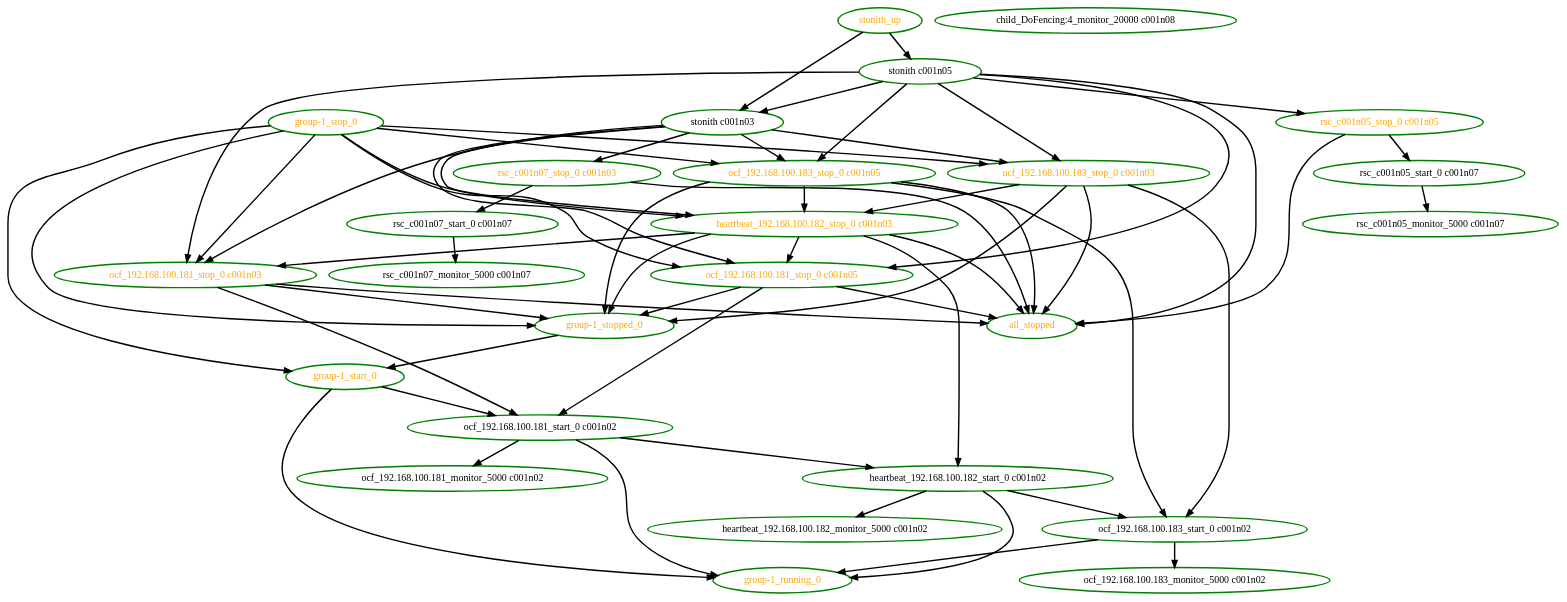
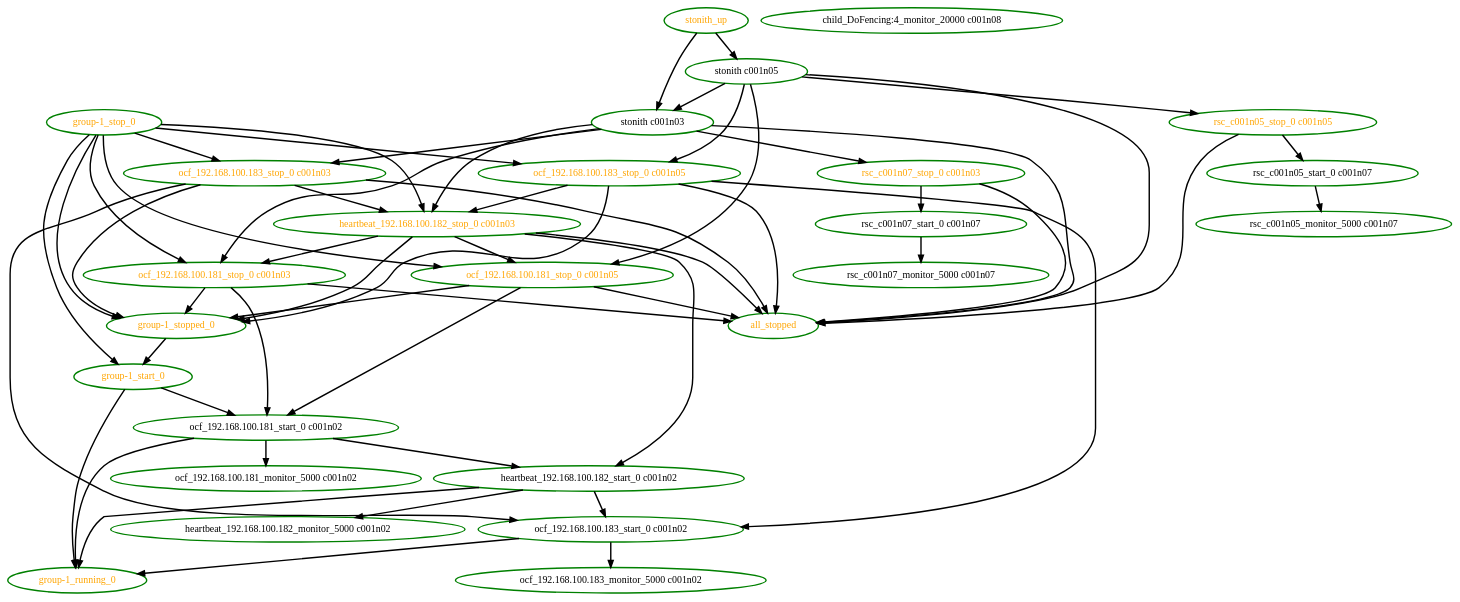
The diagram in crm/pengine/testcases/stonith-0.dot (richiewen8/heartbeat), drawn with Graphviz before and after one commit. The commit also changed 47 other files, not shown here.

Commit message:
PE: Streamline STONITH ordering. Make sure 'all_stopped' depends on all STONITH ops.

```diff
--- a/crm/pengine/testcases/stonith-0.dot
+++ b/crm/pengine/testcases/stonith-0.dot
@@ -1,86 +1,83 @@
  digraph "g" {
 "all_stopped" [ style=bold color="green" fontcolor="orange"  ]
 "child_DoFencing:4_monitor_20000 c001n08" [ style=bold color="green" fontcolor="black" ]
 "group-1_running_0" [ style=bold color="green" fontcolor="orange" ]
 "group-1_start_0" -> "group-1_running_0" [ style = bold]
 "group-1_start_0" -> "ocf_192.168.100.181_start_0 c001n02" [ style = bold]
 "group-1_start_0" [ style=bold color="green" fontcolor="orange" ]
 "group-1_stop_0" -> "group-1_start_0" [ style = bold]
 "group-1_stop_0" -> "group-1_stopped_0" [ style = bold]
 "group-1_stop_0" -> "heartbeat_192.168.100.182_stop_0 c001n03" [ style = bold]
 "group-1_stop_0" -> "ocf_192.168.100.181_stop_0 c001n03" [ style = bold]
 "group-1_stop_0" -> "ocf_192.168.100.181_stop_0 c001n05" [ style = bold]
 "group-1_stop_0" -> "ocf_192.168.100.183_stop_0 c001n03" [ style = bold]
 "group-1_stop_0" -> "ocf_192.168.100.183_stop_0 c001n05" [ style = bold]
 "group-1_stop_0" [ style=bold color="green" fontcolor="orange" ]
 "group-1_stopped_0" -> "group-1_start_0" [ style = bold]
 "group-1_stopped_0" [ style=bold color="green" fontcolor="orange" ]
 "heartbeat_192.168.100.182_monitor_5000 c001n02" [ style=bold color="green" fontcolor="black" ]
 "heartbeat_192.168.100.182_start_0 c001n02" -> "group-1_running_0" [ style = bold]
 "heartbeat_192.168.100.182_start_0 c001n02" -> "heartbeat_192.168.100.182_monitor_5000 c001n02" [ style = bold]
 "heartbeat_192.168.100.182_start_0 c001n02" -> "ocf_192.168.100.183_start_0 c001n02" [ style = bold]
 "heartbeat_192.168.100.182_start_0 c001n02" [ style=bold color="green" fontcolor="black" ]
 "heartbeat_192.168.100.182_stop_0 c001n03" -> "all_stopped" [ style = bold]
 "heartbeat_192.168.100.182_stop_0 c001n03" -> "group-1_stopped_0" [ style = bold]
 "heartbeat_192.168.100.182_stop_0 c001n03" -> "heartbeat_192.168.100.182_start_0 c001n02" [ style = bold]
 "heartbeat_192.168.100.182_stop_0 c001n03" -> "ocf_192.168.100.181_stop_0 c001n03" [ style = bold]
 "heartbeat_192.168.100.182_stop_0 c001n03" -> "ocf_192.168.100.181_stop_0 c001n05" [ style = bold]
 "heartbeat_192.168.100.182_stop_0 c001n03" [ style=bold color="green" fontcolor="orange"  ]
 "ocf_192.168.100.181_monitor_5000 c001n02" [ style=bold color="green" fontcolor="black" ]
 "ocf_192.168.100.181_start_0 c001n02" -> "group-1_running_0" [ style = bold]
 "ocf_192.168.100.181_start_0 c001n02" -> "heartbeat_192.168.100.182_start_0 c001n02" [ style = bold]
 "ocf_192.168.100.181_start_0 c001n02" -> "ocf_192.168.100.181_monitor_5000 c001n02" [ style = bold]
 "ocf_192.168.100.181_start_0 c001n02" [ style=bold color="green" fontcolor="black" ]
 "ocf_192.168.100.181_stop_0 c001n03" -> "all_stopped" [ style = bold]
 "ocf_192.168.100.181_stop_0 c001n03" -> "group-1_stopped_0" [ style = bold]
 "ocf_192.168.100.181_stop_0 c001n03" -> "ocf_192.168.100.181_start_0 c001n02" [ style = bold]
 "ocf_192.168.100.181_stop_0 c001n03" [ style=bold color="green" fontcolor="orange"  ]
 "ocf_192.168.100.181_stop_0 c001n05" -> "all_stopped" [ style = bold]
 "ocf_192.168.100.181_stop_0 c001n05" -> "group-1_stopped_0" [ style = bold]
 "ocf_192.168.100.181_stop_0 c001n05" -> "ocf_192.168.100.181_start_0 c001n02" [ style = bold]
 "ocf_192.168.100.181_stop_0 c001n05" [ style=bold color="green" fontcolor="orange"  ]
 "ocf_192.168.100.183_monitor_5000 c001n02" [ style=bold color="green" fontcolor="black" ]
 "ocf_192.168.100.183_start_0 c001n02" -> "group-1_running_0" [ style = bold]
 "ocf_192.168.100.183_start_0 c001n02" -> "ocf_192.168.100.183_monitor_5000 c001n02" [ style = bold]
 "ocf_192.168.100.183_start_0 c001n02" [ style=bold color="green" fontcolor="black" ]
 "ocf_192.168.100.183_stop_0 c001n03" -> "all_stopped" [ style = bold]
 "ocf_192.168.100.183_stop_0 c001n03" -> "group-1_stopped_0" [ style = bold]
 "ocf_192.168.100.183_stop_0 c001n03" -> "heartbeat_192.168.100.182_stop_0 c001n03" [ style = bold]
 "ocf_192.168.100.183_stop_0 c001n03" -> "ocf_192.168.100.183_start_0 c001n02" [ style = bold]
 "ocf_192.168.100.183_stop_0 c001n03" [ style=bold color="green" fontcolor="orange" ]
 "ocf_192.168.100.183_stop_0 c001n05" -> "all_stopped" [ style = bold]
 "ocf_192.168.100.183_stop_0 c001n05" -> "group-1_stopped_0" [ style = bold]
 "ocf_192.168.100.183_stop_0 c001n05" -> "heartbeat_192.168.100.182_stop_0 c001n03" [ style = bold]
 "ocf_192.168.100.183_stop_0 c001n05" -> "ocf_192.168.100.183_start_0 c001n02" [ style = bold]
 "ocf_192.168.100.183_stop_0 c001n05" [ style=bold color="green" fontcolor="orange" ]
 "rsc_c001n05_monitor_5000 c001n07" [ style=bold color="green" fontcolor="black" ]
 "rsc_c001n05_start_0 c001n07" -> "rsc_c001n05_monitor_5000 c001n07" [ style = bold]
 "rsc_c001n05_start_0 c001n07" [ style=bold color="green" fontcolor="black" ]
 "rsc_c001n05_stop_0 c001n05" -> "all_stopped" [ style = bold]
 "rsc_c001n05_stop_0 c001n05" -> "rsc_c001n05_start_0 c001n07" [ style = bold]
 "rsc_c001n05_stop_0 c001n05" [ style=bold color="green" fontcolor="orange" ]
 "rsc_c001n07_monitor_5000 c001n07" [ style=bold color="green" fontcolor="black" ]
 "rsc_c001n07_start_0 c001n07" -> "rsc_c001n07_monitor_5000 c001n07" [ style = bold]
 "rsc_c001n07_start_0 c001n07" [ style=bold color="green" fontcolor="black" ]
 "rsc_c001n07_stop_0 c001n03" -> "all_stopped" [ style = bold]
 "rsc_c001n07_stop_0 c001n03" -> "rsc_c001n07_start_0 c001n07" [ style = bold]
 "rsc_c001n07_stop_0 c001n03" [ style=bold color="green" fontcolor="orange" ]
+"stonith c001n03" -> "all_stopped" [ style = bold]
 "stonith c001n03" -> "heartbeat_192.168.100.182_stop_0 c001n03" [ style = bold]
 "stonith c001n03" -> "ocf_192.168.100.181_stop_0 c001n03" [ style = bold]
-"stonith c001n03" -> "ocf_192.168.100.181_stop_0 c001n05" [ style = bold]
 "stonith c001n03" -> "ocf_192.168.100.183_stop_0 c001n03" [ style = bold]
-"stonith c001n03" -> "ocf_192.168.100.183_stop_0 c001n05" [ style = bold]
 "stonith c001n03" -> "rsc_c001n07_stop_0 c001n03" [ style = bold]
 "stonith c001n03" [ style=bold color="green" fontcolor="black" ]
 "stonith c001n05" -> "all_stopped" [ style = bold]
-"stonith c001n05" -> "ocf_192.168.100.181_stop_0 c001n03" [ style = bold]
 "stonith c001n05" -> "ocf_192.168.100.181_stop_0 c001n05" [ style = bold]
-"stonith c001n05" -> "ocf_192.168.100.183_stop_0 c001n03" [ style = bold]
 "stonith c001n05" -> "ocf_192.168.100.183_stop_0 c001n05" [ style = bold]
 "stonith c001n05" -> "rsc_c001n05_stop_0 c001n05" [ style = bold]
 "stonith c001n05" -> "stonith c001n03" [ style = bold]
 "stonith c001n05" [ style=bold color="green" fontcolor="black" ]
 "stonith_up" -> "stonith c001n03" [ style = bold]
 "stonith_up" -> "stonith c001n05" [ style = bold]
 "stonith_up" [ style=bold color="green" fontcolor="orange"  ]
 }
```
